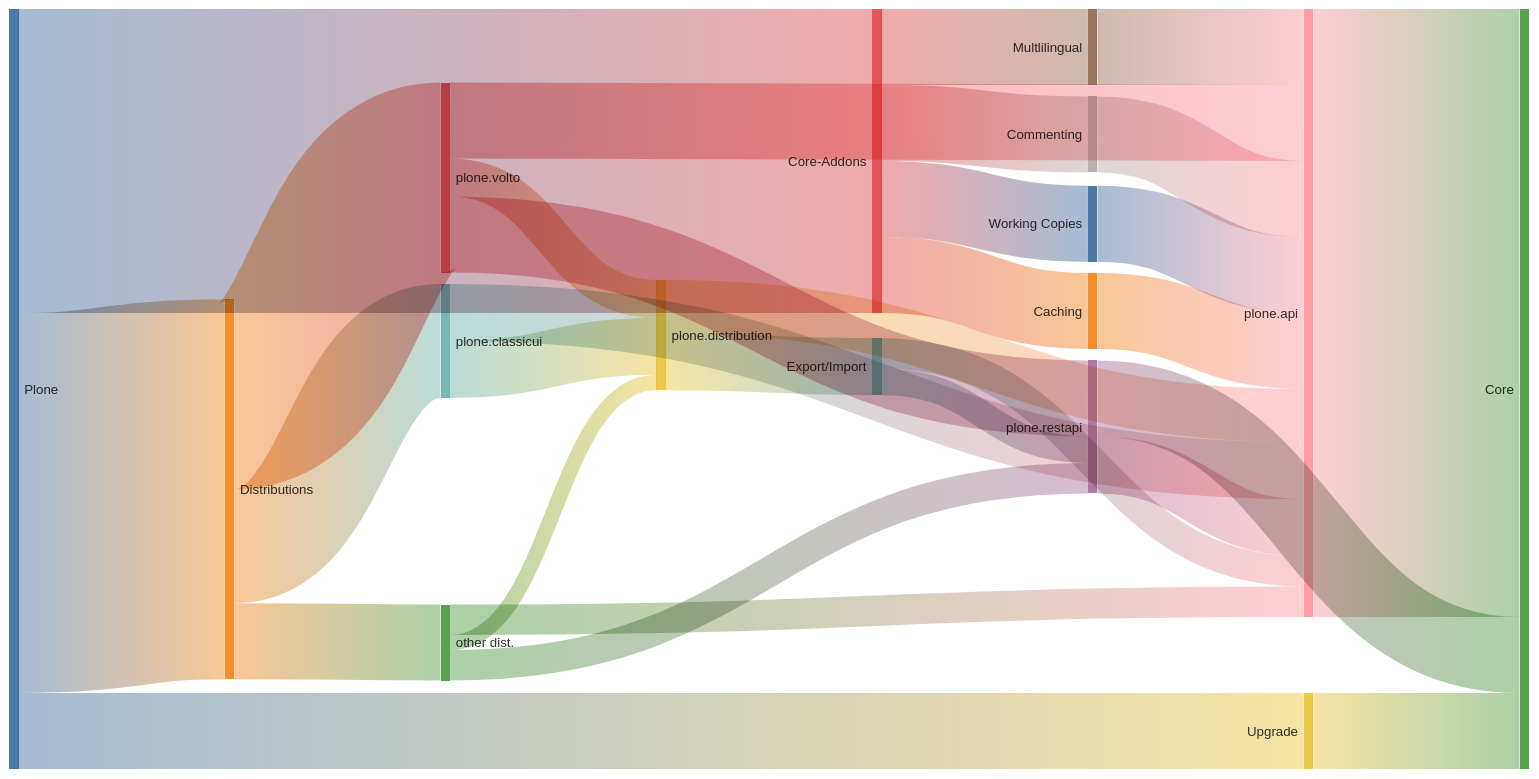
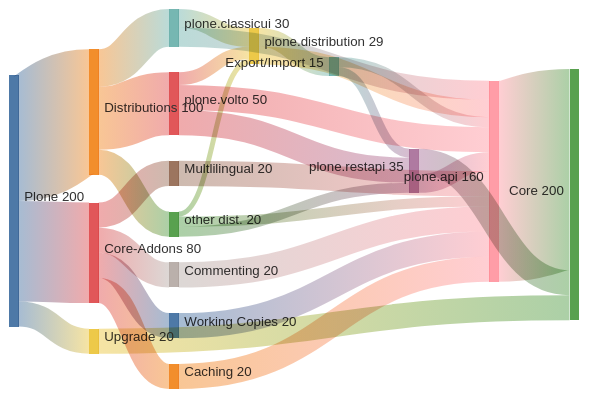
The second of 3 diagrams in docs/contributing/core/package-dependencies.md (plone/documentation), drawn with Mermaid before and after one commit.

Commit message:
Replace yaml with json config

````diff
--- a/docs/contributing/core/package-dependencies.md
+++ b/docs/contributing/core/package-dependencies.md
@@ -100,54 +100,47 @@
 ```{mermaid}
----
-config:
-  sankey:
-    showValues: false
-    width: 1600
-    height: 800
-    nodeAlignment: "right"
----
+:config: {"sankey": {"showValues": false, "width": 1600, "height": 800, "nodeAlignment": "right"}}
 
 sankey-beta
 
     Plone,Distributions,100
 
     Distributions,plone.volto,50
     Distributions,plone.classicui,30
     Distributions,other dist.,20
 
 
 
     plone.volto,plone.distribution,10
     plone.volto,plone.restapi,20
     plone.volto,plone.api,20
 
     Multlilingual,plone.api,20
     Commenting,plone.api,20
     Working Copies,plone.api, 20
     Caching,plone.api,20
 
     plone.classicui,plone.distribution,15
     plone.classicui,plone.api,15
     other dist.,plone.distribution,4
     other dist.,plone.api,8
     other dist.,plone.restapi,8
 
 
     Plone,Core-Addons,80
 
     Core-Addons,Multlilingual,20
     Core-Addons,Commenting,20
     Core-Addons,Working Copies,20
     Core-Addons,Caching,20
 
     plone.distribution,Export/Import,15
     plone.distribution,plone.api,14
     plone.restapi,Core,20
     Export/Import,plone.api,8
     plone.restapi,plone.api,15
     Export/Import,plone.restapi,7
     Upgrade,Core,20
     plone.api,Core,160
 
     Plone,Upgrade,20
 ```
````
